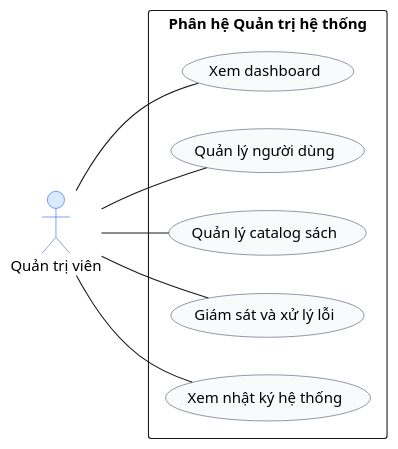
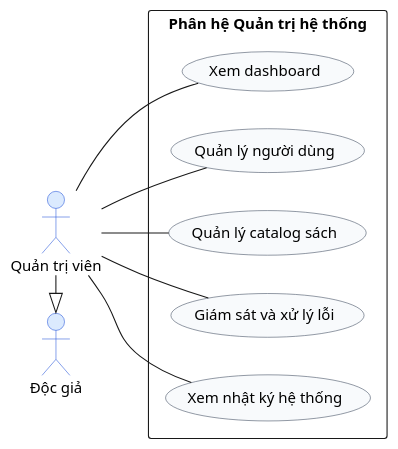
Before and after one commit to KhoaSinno/triam-backend: the diagram in _docs_capstone/_dia/UseCase/sub_UC/triam_usecase_admin.puml, drawn with PlantUML. The commit also changed 5 other files, not shown here.

```diff
--- a/_docs_capstone/_dia/UseCase/sub_UC/triam_usecase_admin.puml
+++ b/_docs_capstone/_dia/UseCase/sub_UC/triam_usecase_admin.puml
@@ -1,34 +1,37 @@
 @startuml triam_usecase_admin
 skinparam Shadowing false
 skinparam backgroundColor #FFFFFF
 skinparam defaultFontName Arial
 ' skinparam roundcorner 14
 ' skinparam linetype ortho
 
 skinparam actor {
   BackgroundColor #DBEAFE
   BorderColor #1D4ED8
 }
 skinparam usecase {
   BackgroundColor #F8FAFC
   BorderColor #334155
 }
 
 left to right direction
 
 actor "Quản trị viên" as Admin
+actor "Độc giả" as Reader
 
 rectangle "Phân hệ Quản trị hệ thống" {
   (Xem dashboard) as UC_AdminDashboard
   (Quản lý người dùng) as UC_AdminUser
   (Quản lý catalog sách) as UC_AdminCatalog
   (Giám sát và xử lý lỗi) as UC_AdminJob
   (Xem nhật ký hệ thống) as UC_Audit
 }
 
 Admin -- UC_AdminDashboard
 Admin -- UC_AdminUser
 Admin -- UC_AdminCatalog
 Admin -- UC_AdminJob
 Admin -- UC_Audit
+Admin -|> Reader
+
 @enduml
```
